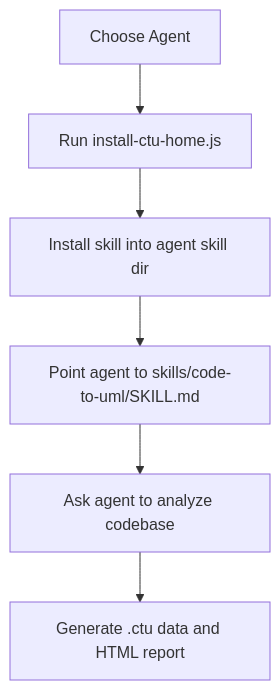
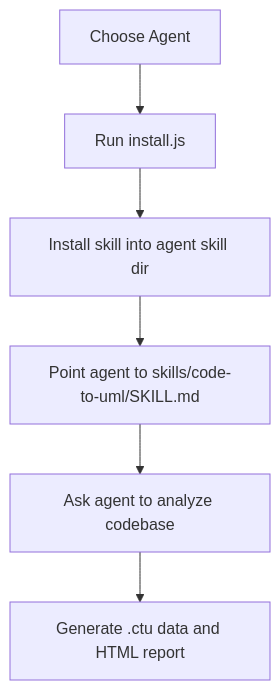
The fourth of 5 diagrams in .qoder/repowiki/en/content/AI Agent Integration/Agent Setup Guides/Agent Setup Guides.md (pingwurth/code-to-uml), drawn with Mermaid before and after one commit. The commit also changed other lines of this file and 26 other files, not shown here.

Commit message:
rename install-ctu-home.js install.js

````diff
--- a/.qoder/repowiki/en/content/AI Agent Integration/Agent Setup Guides/Agent Setup Guides.md
+++ b/.qoder/repowiki/en/content/AI Agent Integration/Agent Setup Guides/Agent Setup Guides.md
@@ -220,8 +220,8 @@
 ```mermaid
 flowchart TD
-ChooseAgent["Choose Agent"] --> Install["Run install-ctu-home.js"]
+ChooseAgent["Choose Agent"] --> Install["Run install.js"]
 Install --> SkillDir["Install skill into agent skill dir"]
 SkillDir --> PointAgent["Point agent to skills/code-to-uml/SKILL.md"]
 PointAgent --> Analyze["Ask agent to analyze codebase"]
 Analyze --> Generate["Generate .ctu data and HTML report"]
 ```
````
